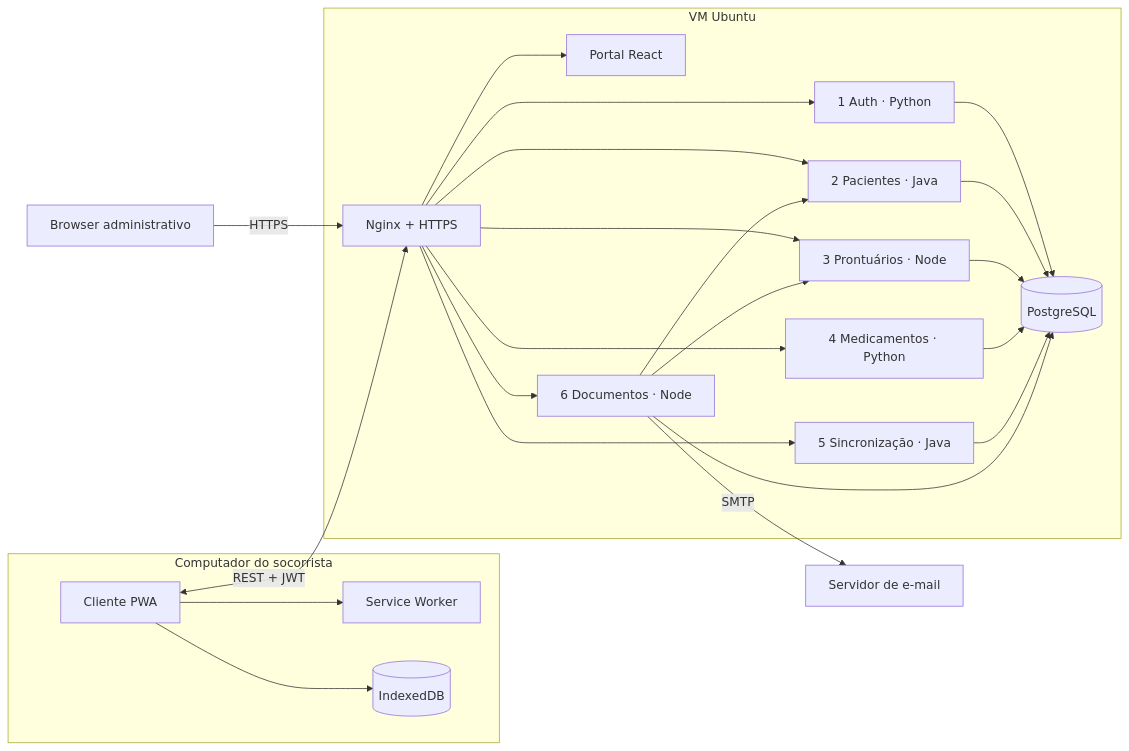
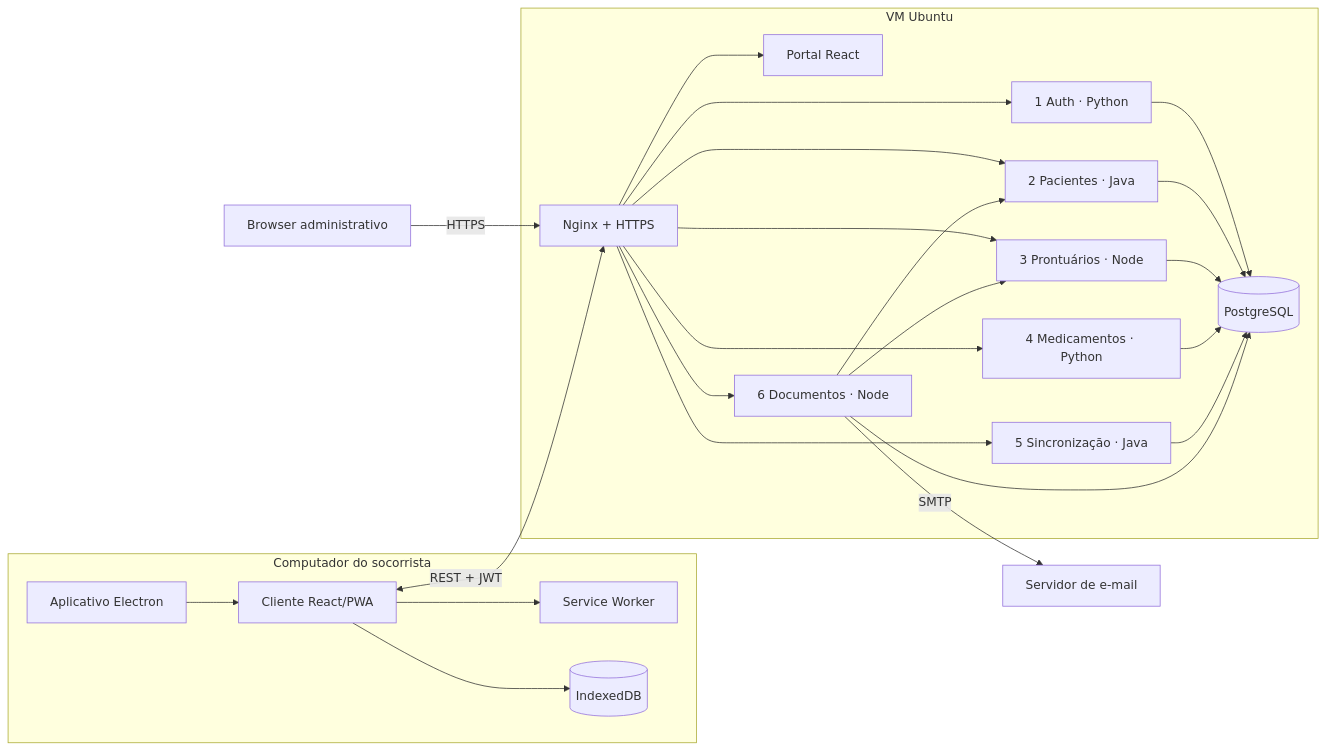
Before and after one commit to gut0r/MedicalField: the first of 2 diagrams in docs/ARQUITETURA.md, drawn with Mermaid. The commit also changed other lines of this file and 19 other files, not shown here.

````diff
--- a/docs/ARQUITETURA.md
+++ b/docs/ARQUITETURA.md
@@ -7,33 +7,35 @@
 ```mermaid
 flowchart LR
   subgraph Dispositivo[Computador do socorrista]
-    PWA[Cliente PWA]
+    APP[Aplicativo Electron]
+    PWA[Cliente React/PWA]
     SW[Service Worker]
     IDB[(IndexedDB)]
+    APP --> PWA
     PWA --> SW
     PWA --> IDB
   end
   subgraph VM[VM Ubuntu]
     NG[Nginx + HTTPS]
     PORTAL[Portal React]
     AUTH[1 Auth · Python]
     PAT[2 Pacientes · Java]
     CARE[3 Prontuários · Node]
     MED[4 Medicamentos · Python]
     SYNC[5 Sincronização · Java]
     DOC[6 Documentos · Node]
     DB[(PostgreSQL)]
     NG --> PORTAL
     NG --> AUTH & PAT & CARE & MED & SYNC & DOC
     AUTH --> DB
     PAT --> DB
     CARE --> DB
     MED --> DB
     SYNC --> DB
     DOC --> DB
     DOC --> PAT & CARE
   end
   PWA <-->|REST + JWT| NG
   BROWSER[Browser administrativo] -->|HTTPS| NG
   DOC -->|SMTP| MAIL[Servidor de e-mail]
 ```
````
